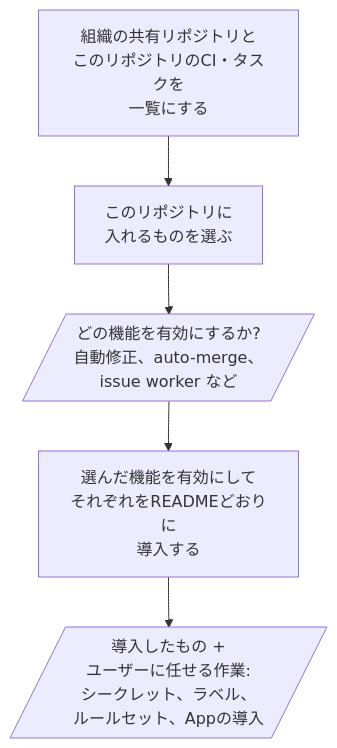
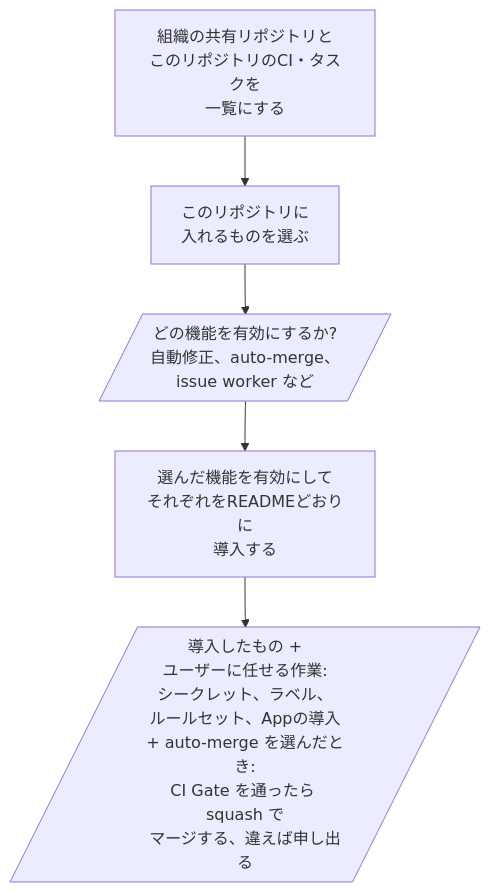
The diagram in shared/skills/automation/README.ja.md (omni-stove/skill-kit), drawn with Mermaid before and after one commit. The commit also changed 2 other files, not shown here.

Commit message:
Have automation tell the user how auto-merge merges: with auto-merge on, it squash-merges a PR once the CI Gate passes, so next.txt now tells the user that and to say so if they want it otherwise, and the READMEs show it in what the user gets Co-Authored-By: Claude Opus 5.5 <noreply@anthropic.com> Claude-Session: https://claude.ai/code/session_0118w5k5oxgv4i7sy2CWCfED

````diff
--- a/shared/skills/automation/README.ja.md
+++ b/shared/skills/automation/README.ja.md
@@ -3,8 +3,8 @@
 ```mermaid
 flowchart TD
   list[組織の共有リポジトリと<br/>このリポジトリのCI・タスクを<br/>一覧にする]
   list --> pick[このリポジトリに<br/>入れるものを選ぶ]
   pick --> ask[/"どの機能を有効にするか?<br/>自動修正、auto-merge、<br/>issue worker など"/]
   ask --> install[選んだ機能を有効にして<br/>それぞれをREADMEどおりに<br/>導入する]
-  install --> done[/"導入したもの +<br/>ユーザーに任せる作業:<br/>シークレット、ラベル、<br/>ルールセット、Appの導入"/]
+  install --> done[/"導入したもの +<br/>ユーザーに任せる作業:<br/>シークレット、ラベル、<br/>ルールセット、Appの導入<br/>+ auto-merge を選んだとき:<br/>CI Gate を通ったら squash で<br/>マージする、違えば申し出る"/]
 ```
````
